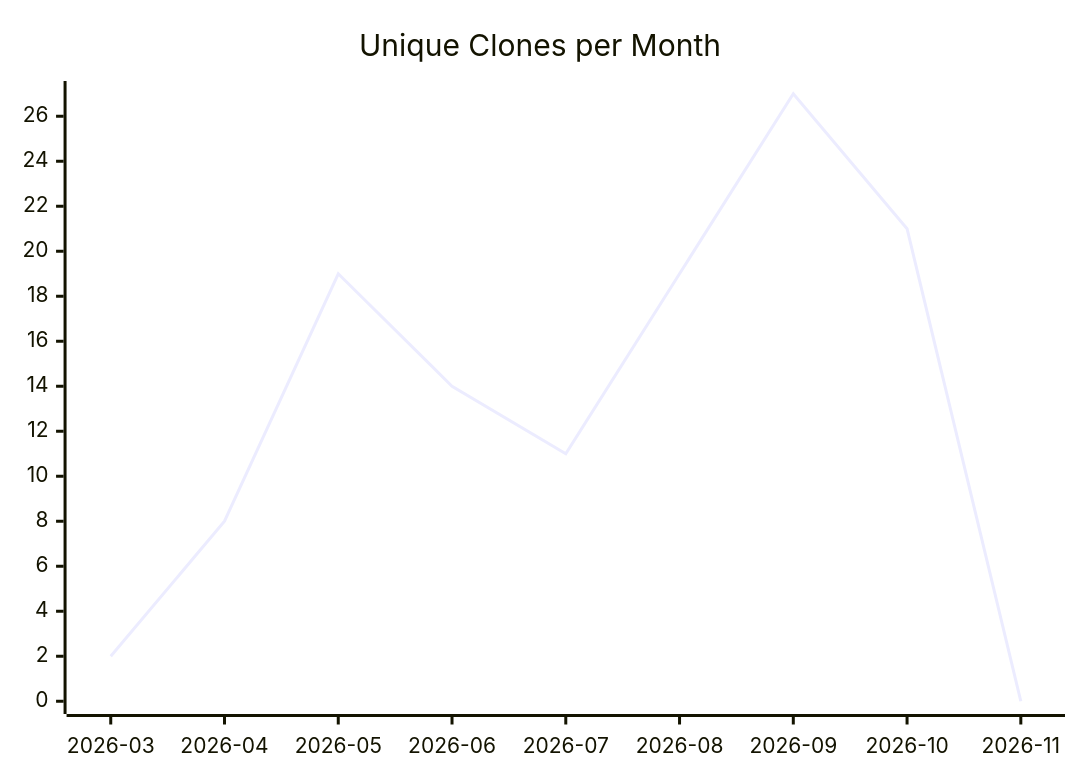
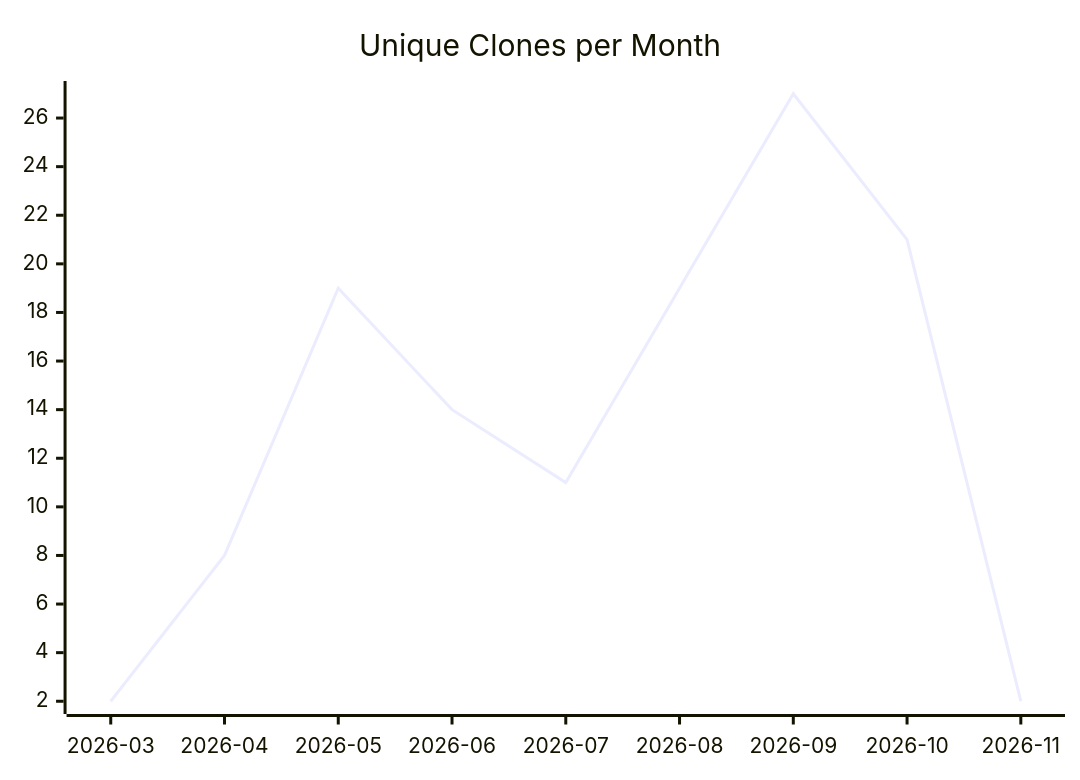
Before and after one commit to justdavis-family/github-analytics-data: the third of 3 diagrams in karlmdavis/rps-tourney/README.md, drawn with Mermaid. The commit also changed other lines of this file and 190 other files, not shown here.

````diff
--- a/karlmdavis/rps-tourney/README.md
+++ b/karlmdavis/rps-tourney/README.md
@@ -19,6 +19,6 @@
 ```mermaid
 xychart-beta
   title "Unique Clones per Month"
   x-axis ["2026-03", "2026-04", "2026-05", "2026-06", "2026-07", "2026-08", "2026-09", "2026-10", "2026-11"]
-  line [2, 8, 19, 14, 11, 19, 27, 21, 0]
+  line [2, 8, 19, 14, 11, 19, 27, 21, 2]
 ```
````
